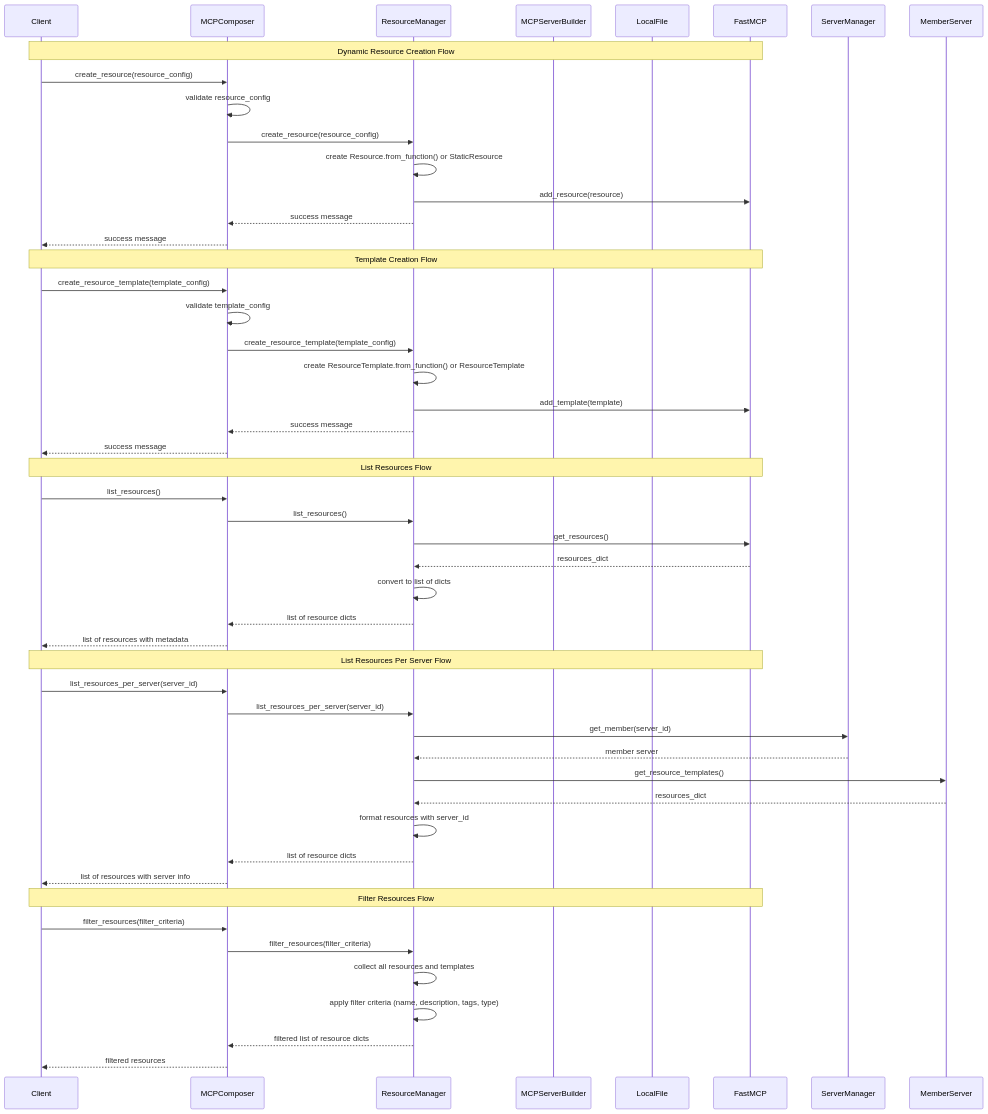
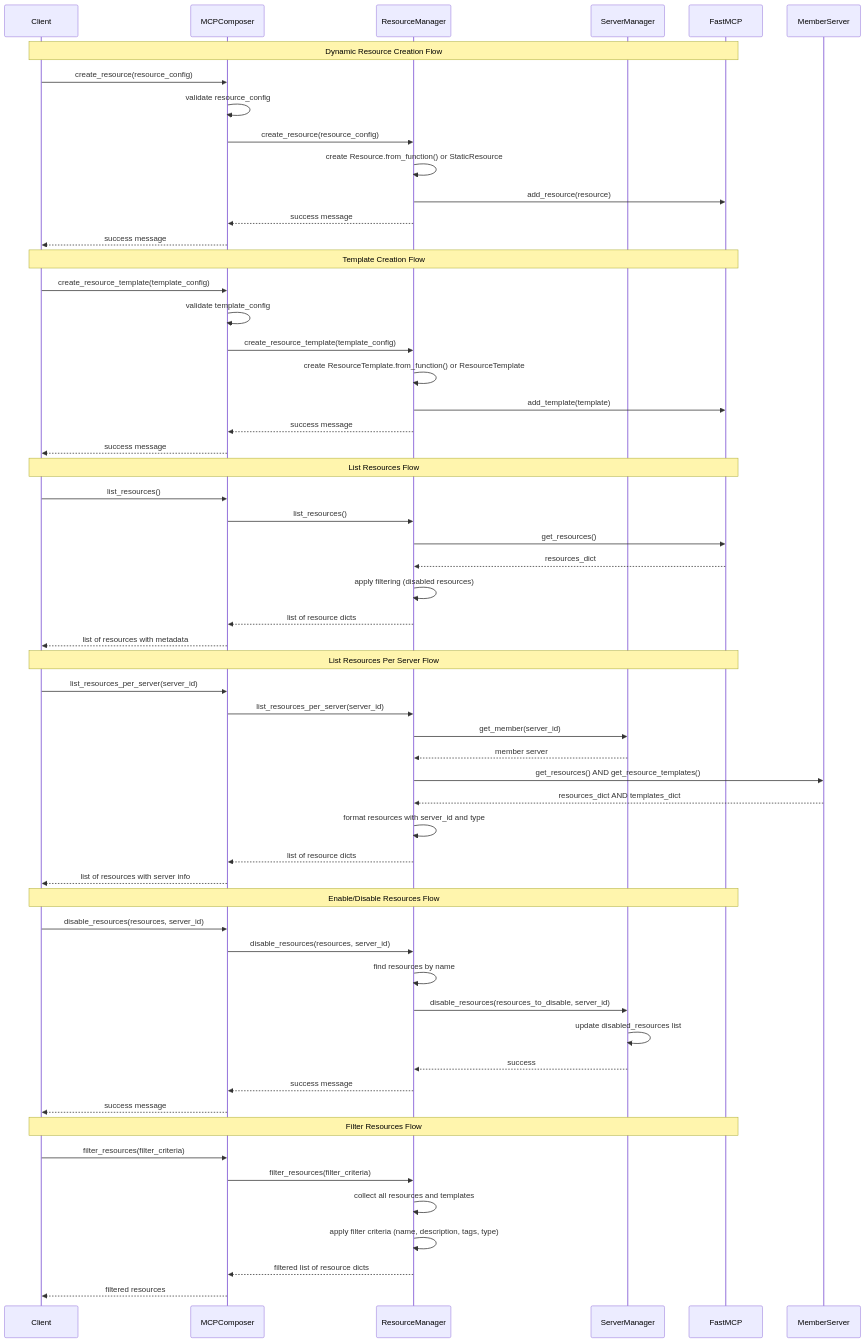
Before and after one commit to IBM/mcp-composer: the diagram in docs/guide/resource-management.md, drawn with Mermaid. The commit also changed other lines of this file and 11 other files, not shown here.

First line of the commit message:
Added enable and disable for resource (#119)

````diff
--- a/docs/guide/resource-management.md
+++ b/docs/guide/resource-management.md
@@ -57,55 +61,64 @@
 ```mermaid
 sequenceDiagram
     participant Client
     participant MCPComposer
     participant ResourceManager
-    participant MCPServerBuilder
-    participant LocalFile
+    participant ServerManager
     participant FastMCP
 
     Note over Client, FastMCP: Dynamic Resource Creation Flow
     Client->>MCPComposer: create_resource(resource_config)
     MCPComposer->>MCPComposer: validate resource_config
     MCPComposer->>ResourceManager: create_resource(resource_config)
     ResourceManager->>ResourceManager: create Resource.from_function() or StaticResource
     ResourceManager->>FastMCP: add_resource(resource)
     ResourceManager-->>MCPComposer: success message
     MCPComposer-->>Client: success message
 
     Note over Client, FastMCP: Template Creation Flow
     Client->>MCPComposer: create_resource_template(template_config)
     MCPComposer->>MCPComposer: validate template_config
     MCPComposer->>ResourceManager: create_resource_template(template_config)
     ResourceManager->>ResourceManager: create ResourceTemplate.from_function() or ResourceTemplate
     ResourceManager->>FastMCP: add_template(template)
     ResourceManager-->>MCPComposer: success message
     MCPComposer-->>Client: success message
 
     Note over Client, FastMCP: List Resources Flow
     Client->>MCPComposer: list_resources()
     MCPComposer->>ResourceManager: list_resources()
     ResourceManager->>FastMCP: get_resources()
     FastMCP-->>ResourceManager: resources_dict
-    ResourceManager->>ResourceManager: convert to list of dicts
+    ResourceManager->>ResourceManager: apply filtering (disabled resources)
     ResourceManager-->>MCPComposer: list of resource dicts
     MCPComposer-->>Client: list of resources with metadata
 
     Note over Client, FastMCP: List Resources Per Server Flow
     Client->>MCPComposer: list_resources_per_server(server_id)
     MCPComposer->>ResourceManager: list_resources_per_server(server_id)
     ResourceManager->>ServerManager: get_member(server_id)
     ServerManager-->>ResourceManager: member server
-    ResourceManager->>MemberServer: get_resource_templates()
-    MemberServer-->>ResourceManager: resources_dict
-    ResourceManager->>ResourceManager: format resources with server_id
+    ResourceManager->>MemberServer: get_resources() AND get_resource_templates()
+    MemberServer-->>ResourceManager: resources_dict AND templates_dict
+    ResourceManager->>ResourceManager: format resources with server_id and type
     ResourceManager-->>MCPComposer: list of resource dicts
     MCPComposer-->>Client: list of resources with server info
+
+    Note over Client, FastMCP: Enable/Disable Resources Flow
+    Client->>MCPComposer: disable_resources(resources, server_id)
+    MCPComposer->>ResourceManager: disable_resources(resources, server_id)
+    ResourceManager->>ResourceManager: find resources by name
+    ResourceManager->>ServerManager: disable_resources(resources_to_disable, server_id)
+    ServerManager->>ServerManager: update disabled_resources list
+    ServerManager-->>ResourceManager: success
+    ResourceManager-->>MCPComposer: success message
+    MCPComposer-->>Client: success message
 
     Note over Client, FastMCP: Filter Resources Flow
     Client->>MCPComposer: filter_resources(filter_criteria)
     MCPComposer->>ResourceManager: filter_resources(filter_criteria)
     ResourceManager->>ResourceManager: collect all resources and templates
     ResourceManager->>ResourceManager: apply filter criteria (name, description, tags, type)
     ResourceManager-->>MCPComposer: filtered list of resource dicts
     MCPComposer-->>Client: filtered resources
 ```
````
